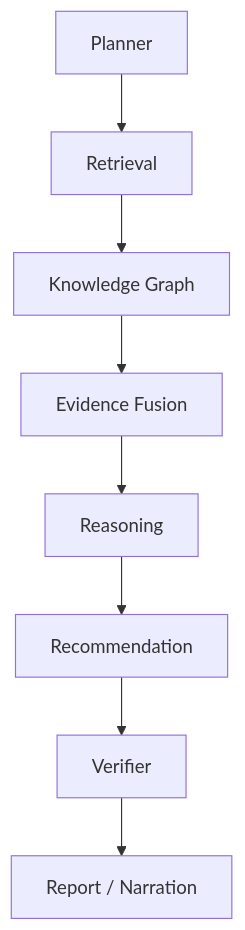
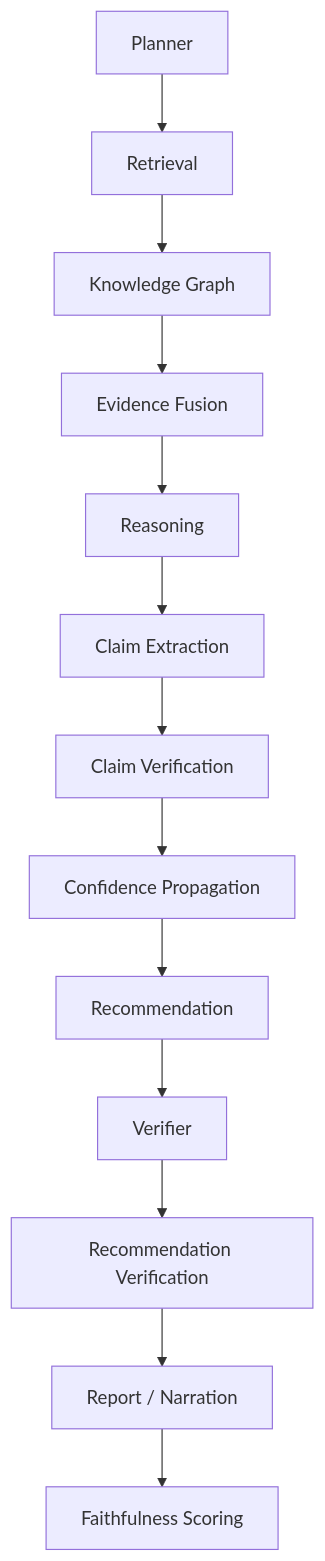
One commit to NisirBage/industrial-knowledge-os changed the diagram in docs/architecture/reasoning.md. Above: the diagram before and after it, drawn with Mermaid. The commit also changed other lines of this file and 140 other files, not shown here.

````diff
--- a/docs/architecture/reasoning.md
+++ b/docs/architecture/reasoning.md
@@ -7,10 +7,15 @@
 ```mermaid
 flowchart TD
     P[Planner] --> R[Retrieval]
     R --> KG[Knowledge Graph]
     KG --> EF[Evidence Fusion]
     EF --> RS[Reasoning]
-    RS --> RC[Recommendation]
+    RS --> CE[Claim Extraction]
+    CE --> CV[Claim Verification]
+    CV --> CP[Confidence Propagation]
+    CP --> RC[Recommendation]
     RC --> V[Verifier]
-    V --> RP[Report / Narration]
+    V --> RV[Recommendation Verification]
+    RV --> RP[Report / Narration]
+    RP --> FS[Faithfulness Scoring]
 ```
````
